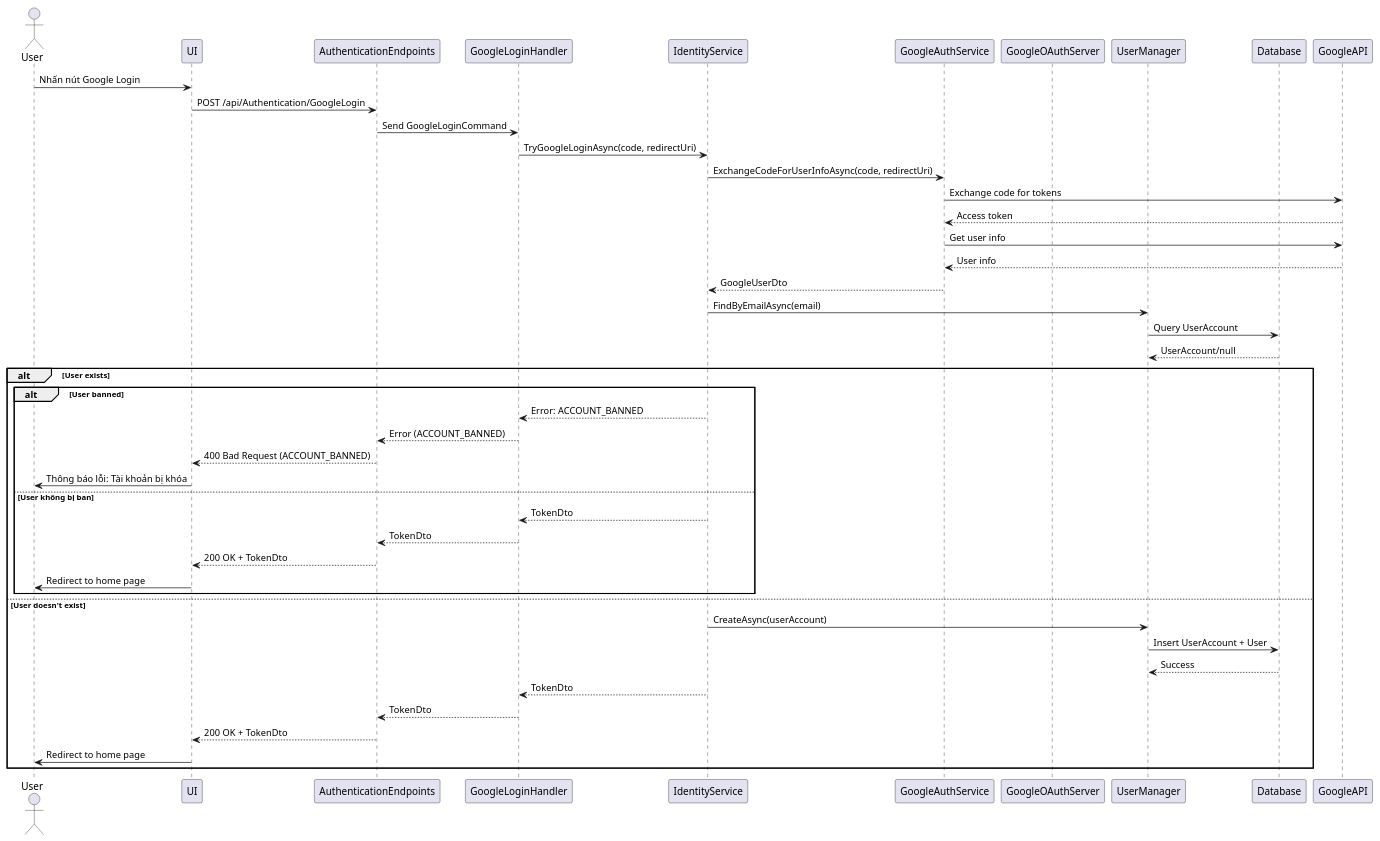
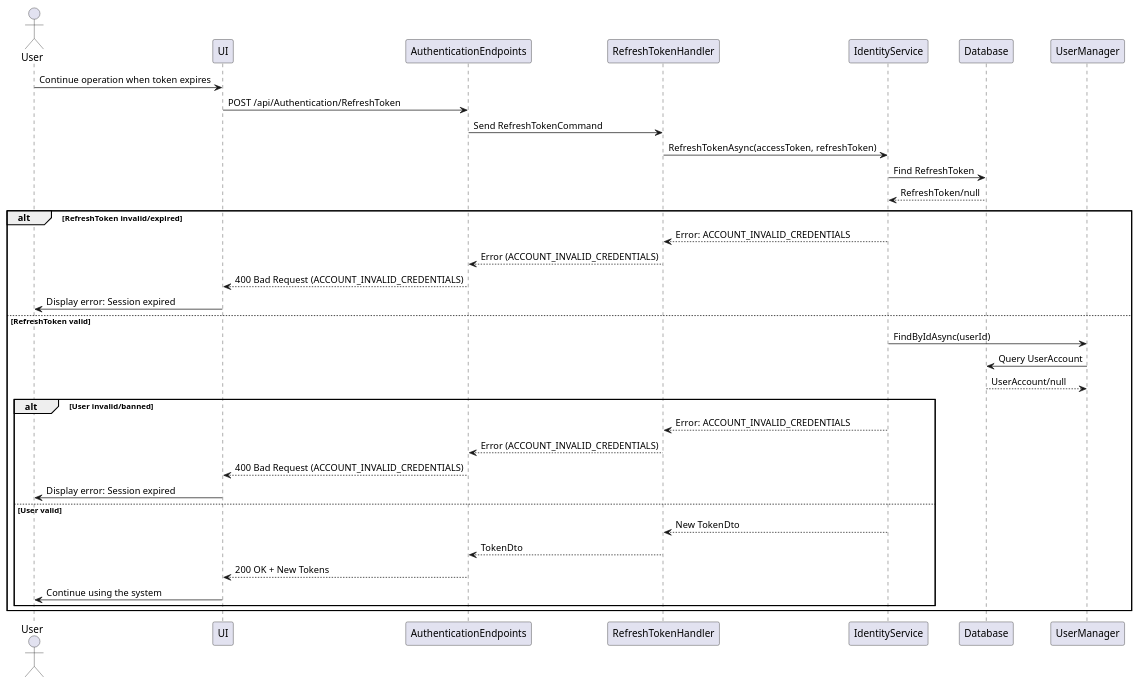
One commit to thanhkhac/SEP_Diagram changed the diagram in authentication/Sequence/04_GoogleLogin.puml. Above: the diagram before and after it, drawn with PlantUML. The commit also changed 11 other files, not shown here.

First line of the commit message:
Update authentication sequence diagrams and add SetPassword flow

```diff
--- a/authentication/Sequence/04_GoogleLogin.puml
+++ b/authentication/Sequence/04_GoogleLogin.puml
@@ -1,46 +1,37 @@
 @startuml
 actor User
 participant UI
-participant AuthenticationEndpoints
-participant GoogleLoginHandler
+participant AuthenticationEndpoints as Endpoint
+participant RefreshTokenHandler as Handler
 participant IdentityService
-participant GoogleAuthService
-participant GoogleOAuthServer
+participant Database
 participant UserManager
-participant Database
 
-User -> UI : Nhấn nút Google Login
-UI -> AuthenticationEndpoints : POST /api/Authentication/GoogleLogin
-AuthenticationEndpoints -> GoogleLoginHandler : Send GoogleLoginCommand
-GoogleLoginHandler -> IdentityService : TryGoogleLoginAsync(code, redirectUri)
-IdentityService -> GoogleAuthService : ExchangeCodeForUserInfoAsync(code, redirectUri)
-GoogleAuthService -> GoogleAPI : Exchange code for tokens
-GoogleAPI --> GoogleAuthService : Access token
-GoogleAuthService -> GoogleAPI : Get user info
-GoogleAPI --> GoogleAuthService : User info
-GoogleAuthService --> IdentityService : GoogleUserDto
-IdentityService -> UserManager : FindByEmailAsync(email)
-UserManager -> Database : Query UserAccount
-Database --> UserManager : UserAccount/null
-alt User exists
-    alt User banned
-        IdentityService --> GoogleLoginHandler : Error: ACCOUNT_BANNED
-        GoogleLoginHandler --> AuthenticationEndpoints : Error (ACCOUNT_BANNED)
-        AuthenticationEndpoints --> UI : 400 Bad Request (ACCOUNT_BANNED)
-        UI -> User : Thông báo lỗi: Tài khoản bị khóa
-    else User không bị ban
-        IdentityService --> GoogleLoginHandler : TokenDto
-        GoogleLoginHandler --> AuthenticationEndpoints : TokenDto
-        AuthenticationEndpoints --> UI : 200 OK + TokenDto
-        UI -> User : Redirect to home page
+User -> UI : Continue operation when token expires
+UI -> Endpoint : POST /api/Authentication/RefreshToken
+Endpoint -> Handler : Send RefreshTokenCommand
+Handler -> IdentityService : RefreshTokenAsync(accessToken, refreshToken)
+IdentityService -> Database : Find RefreshToken
+Database --> IdentityService : RefreshToken/null
+alt RefreshToken invalid/expired
+    IdentityService --> Handler : Error: ACCOUNT_INVALID_CREDENTIALS
+    Handler --> Endpoint : Error (ACCOUNT_INVALID_CREDENTIALS)
+    Endpoint --> UI : 400 Bad Request (ACCOUNT_INVALID_CREDENTIALS)
+    UI -> User : Display error: Session expired
+else RefreshToken valid
+    IdentityService -> UserManager : FindByIdAsync(userId)
+    UserManager -> Database : Query UserAccount
+    Database --> UserManager : UserAccount/null
+    alt User invalid/banned
+        IdentityService --> Handler : Error: ACCOUNT_INVALID_CREDENTIALS
+        Handler --> Endpoint : Error (ACCOUNT_INVALID_CREDENTIALS)
+        Endpoint --> UI : 400 Bad Request (ACCOUNT_INVALID_CREDENTIALS)
+        UI -> User : Display error: Session expired
+    else User valid
+        IdentityService --> Handler : New TokenDto
+        Handler --> Endpoint : TokenDto
+        Endpoint --> UI : 200 OK + New Tokens
+        UI -> User : Continue using the system
     end
-else User doesn't exist
-    IdentityService -> UserManager : CreateAsync(userAccount)
-    UserManager -> Database : Insert UserAccount + User
-    Database --> UserManager : Success
-    IdentityService --> GoogleLoginHandler : TokenDto
-    GoogleLoginHandler --> AuthenticationEndpoints : TokenDto
-    AuthenticationEndpoints --> UI : 200 OK + TokenDto
-    UI -> User : Redirect to home page
 end
 @enduml
```
